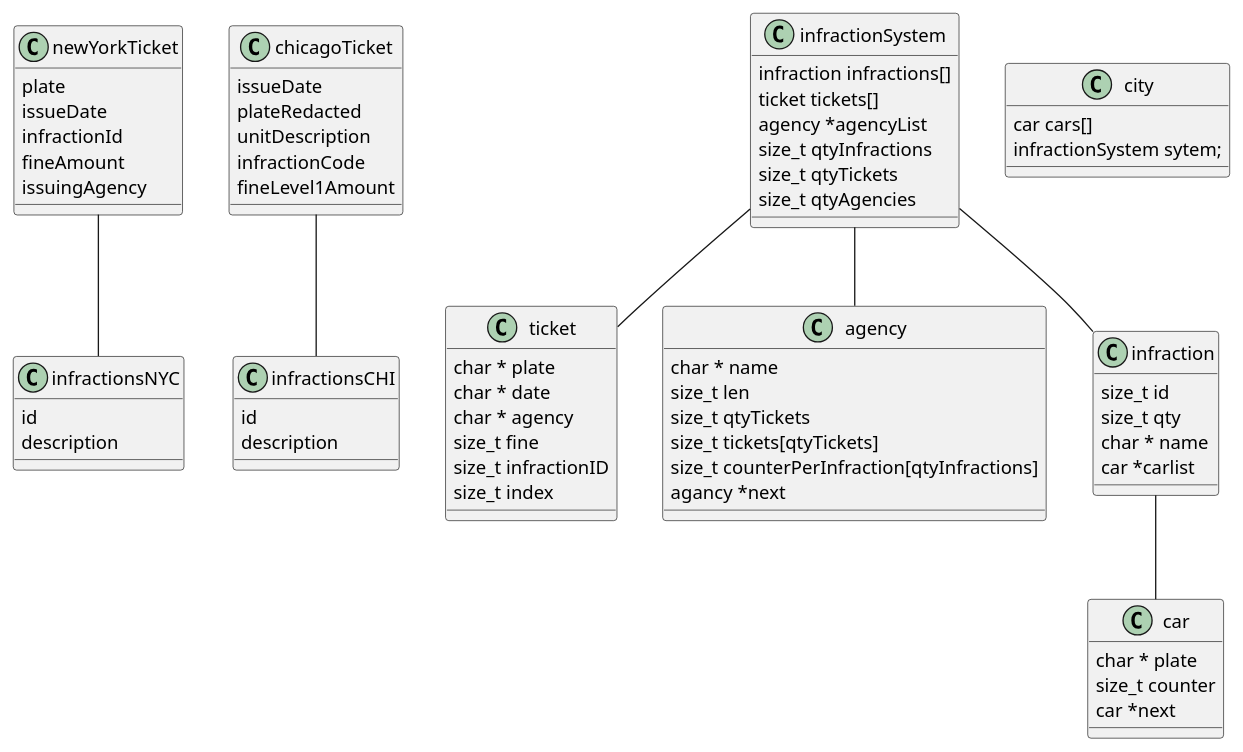
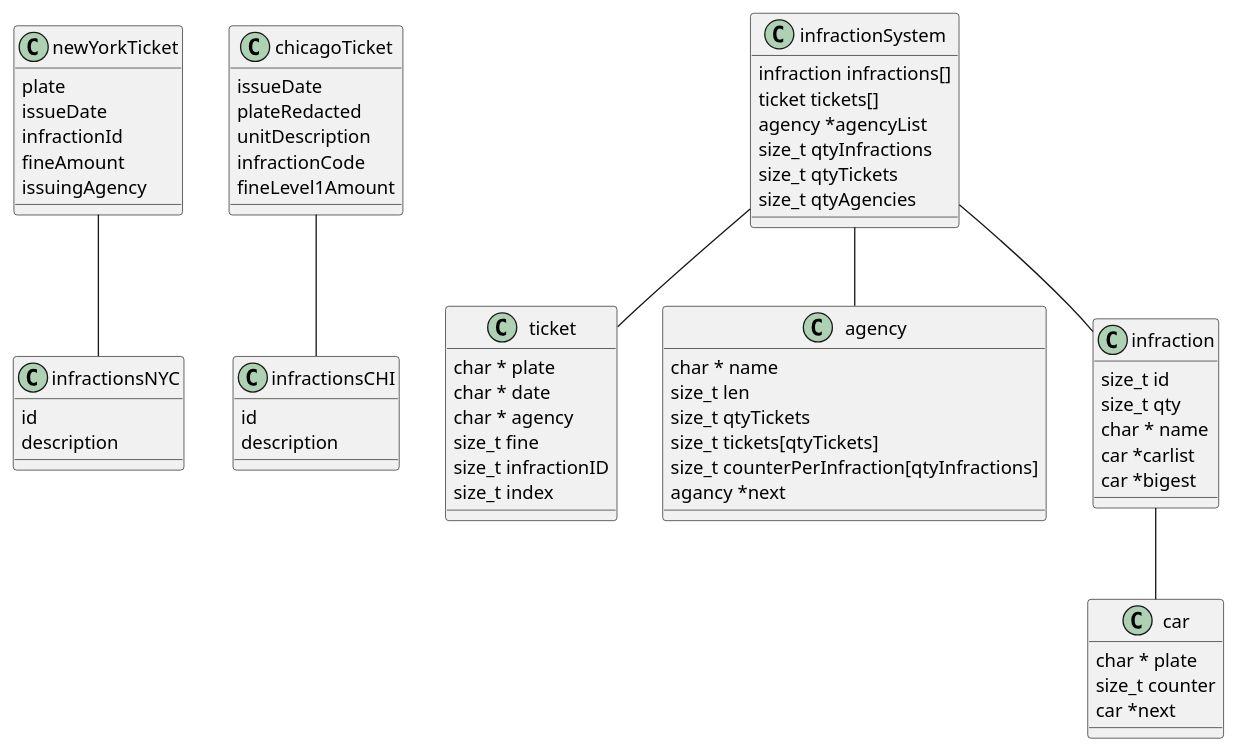
The diagram in structure_objects.puml (AugustoOspal/Proyecto_Final_PI), drawn with PlantUML before and after one commit.

Commit message:
Added a pointer to the biggest counter plate

```diff
--- a/structure_objects.puml
+++ b/structure_objects.puml
@@ -1,94 +1,89 @@
 @startuml
 
 class newYorkTicket
 {
     plate
     issueDate
     infractionId
     fineAmount
     issuingAgency
 }
 
 class infractionsNYC
 {
     id
     description
 }
 
 class chicagoTicket
 {
     issueDate
     plateRedacted
     unitDescription
     infractionCode
     fineLevel1Amount
 }
 
 class infractionsCHI
 {
     id
     description
 }
 
 class ticket
 {
     char * plate
     char * date
     char * agency
     size_t fine
     size_t infractionID
     size_t index
 }
 
 newYorkTicket -- infractionsNYC
 chicagoTicket -- infractionsCHI
 
 ' Ideas
-class city
-{
-    car cars[]
-    infractionSystem sytem;
-}
-
 class car
 {
     char * plate
     size_t counter
     car *next
 }
 
 class agency
 {
     char * name
     size_t len
     'vector of positions for tickets in city
     size_t qtyTickets
     size_t tickets[qtyTickets]
     size_t counterPerInfraction[qtyInfractions]
     agancy *next
 }
 
 class infraction
 {
     size_t id
     size_t qty
     char * name
     car *carlist
+    car *bigest
 }
 
 class infractionSystem
 {
     infraction infractions[]
     ticket tickets[]
     agency *agencyList
     size_t qtyInfractions
     size_t qtyTickets
     size_t qtyAgencies
 }
 
 infractionSystem -- agency
 infractionSystem -- ticket
 infractionSystem -- infraction
 infraction -- car
 
 @enduml
```
